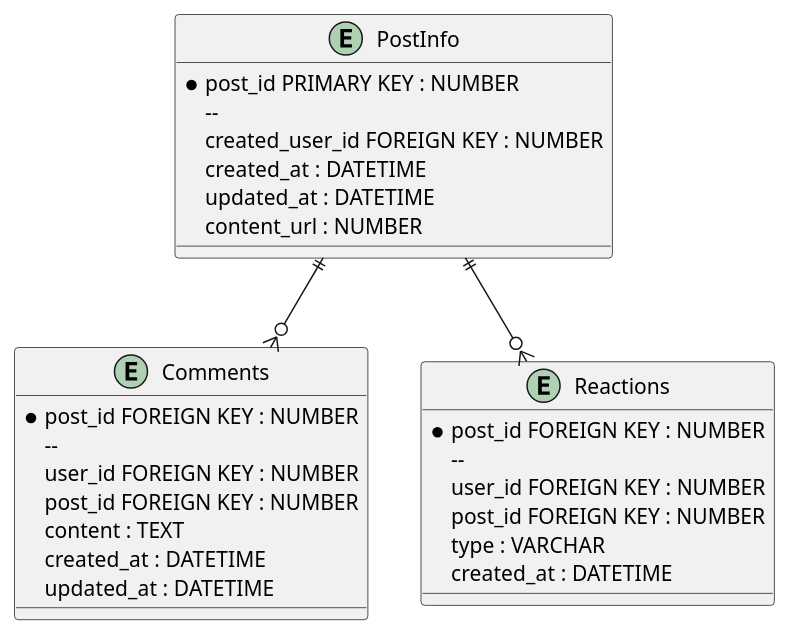
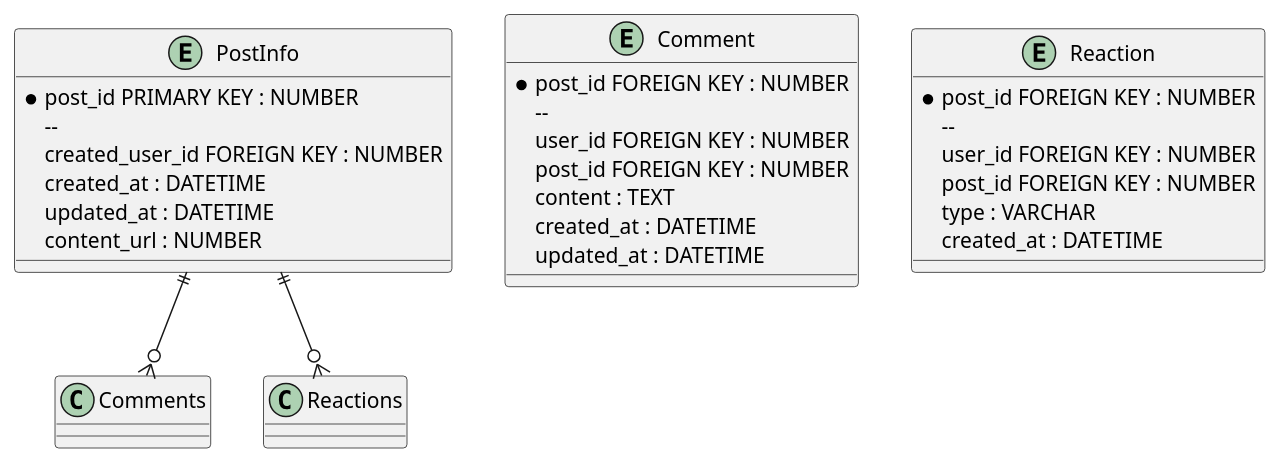
One commit to Doughnutik/SOA-HSE changed the diagram in docs/post_service.puml. Above: the diagram before and after it, drawn with PlantUML. The commit also changed 2 other files, not shown here.

Commit message:
доделал ER диаграмы

```diff
--- a/docs/post_service.puml
+++ b/docs/post_service.puml
@@ -1,34 +1,34 @@
 @startuml
 
 entity "PostInfo" {
 	* post_id PRIMARY KEY : NUMBER
   	--
   	created_user_id FOREIGN KEY : NUMBER
 	created_at : DATETIME
 	updated_at : DATETIME
 	content_url : NUMBER
 }
 
-entity "Comments" {
+entity "Comment" {
 	* post_id FOREIGN KEY : NUMBER
   	--
   	user_id FOREIGN KEY : NUMBER
 	post_id FOREIGN KEY : NUMBER
 	content : TEXT
 	created_at : DATETIME
 	updated_at : DATETIME
 }
 
-entity "Reactions" {
+entity "Reaction" {
 	* post_id FOREIGN KEY : NUMBER
   	--
   	user_id FOREIGN KEY : NUMBER
 	post_id FOREIGN KEY : NUMBER
 	type : VARCHAR
 	created_at : DATETIME
 }
 
 PostInfo ||--o{ Comments
 PostInfo ||--o{ Reactions
   
 @enduml
```
